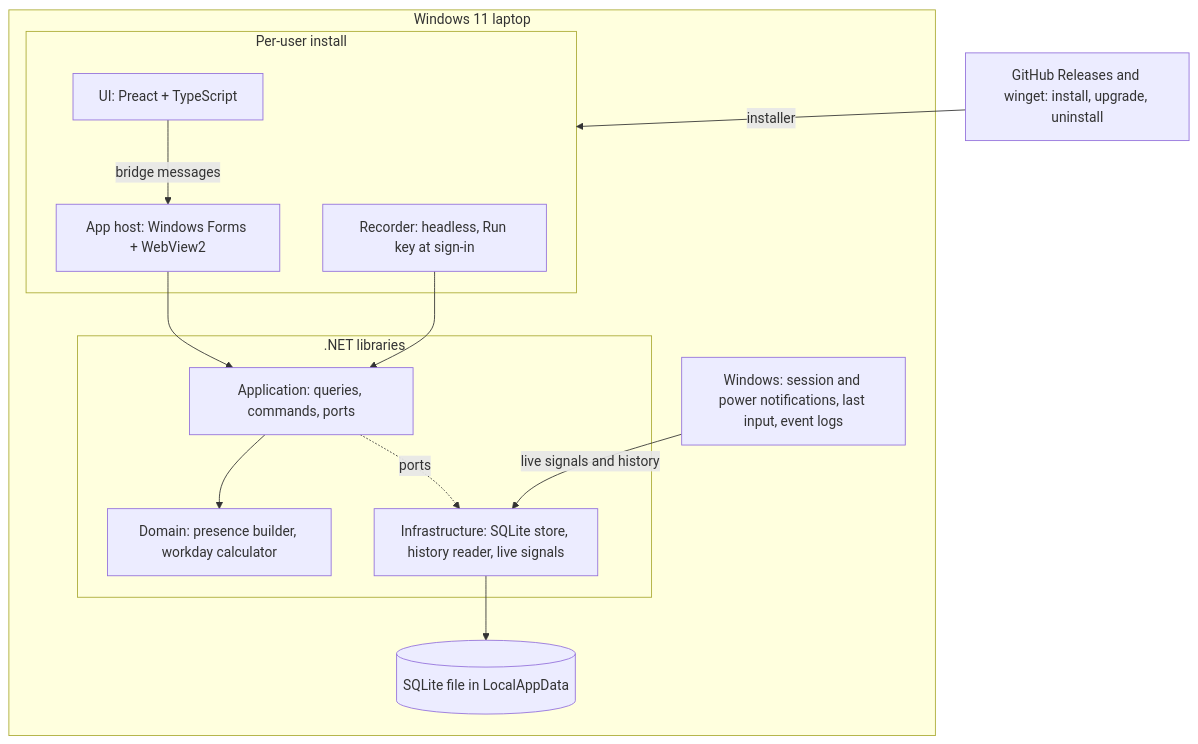
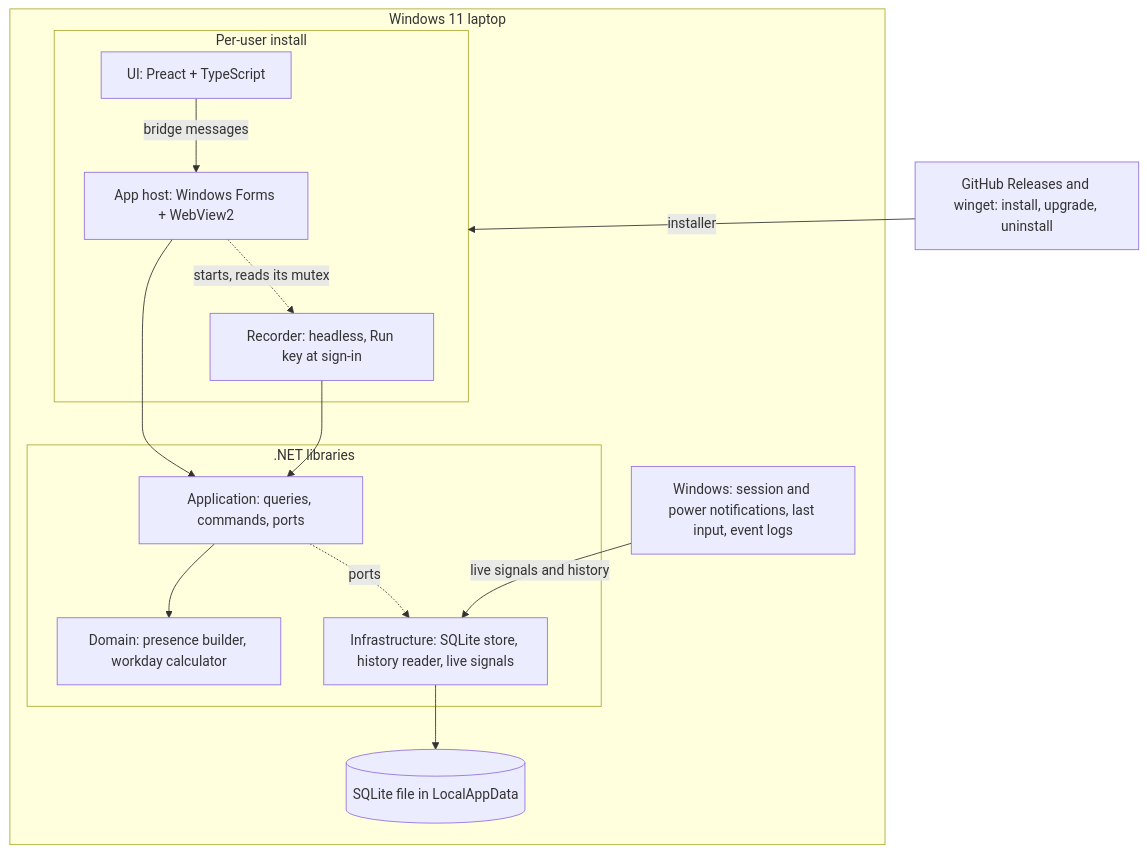
One commit to Valem/work-time-tracker changed the second of 5 diagrams in docs/features/001-foundation/concept.md. Above: the diagram before and after it, drawn with Mermaid. The commit also changed other lines of this file, not shown here.

````diff
--- a/docs/features/001-foundation/concept.md
+++ b/docs/features/001-foundation/concept.md
@@ -139,26 +139,27 @@
 ```mermaid
 flowchart TB
   dist[GitHub Releases and winget: install, upgrade, uninstall]
   subgraph laptop [Windows 11 laptop]
     win[Windows: session and power notifications, last input, event logs]
     subgraph inst [Per-user install]
       rec[Recorder: headless, Run key at sign-in]
       host[App host: Windows Forms + WebView2]
       ui[UI: Preact + TypeScript]
     end
     subgraph libs [.NET libraries]
       app[Application: queries, commands, ports]
       dom[Domain: presence builder, workday calculator]
       infra[Infrastructure: SQLite store, history reader, live signals]
     end
     db[(SQLite file in LocalAppData)]
   end
   ui -- bridge messages --> host
   host --> app
+  host -. starts, reads its mutex .-> rec
   rec --> app
   app --> dom
   app -. ports .-> infra
   infra --> db
   win -- live signals and history --> infra
   dist -- installer --> inst
 ```
````
